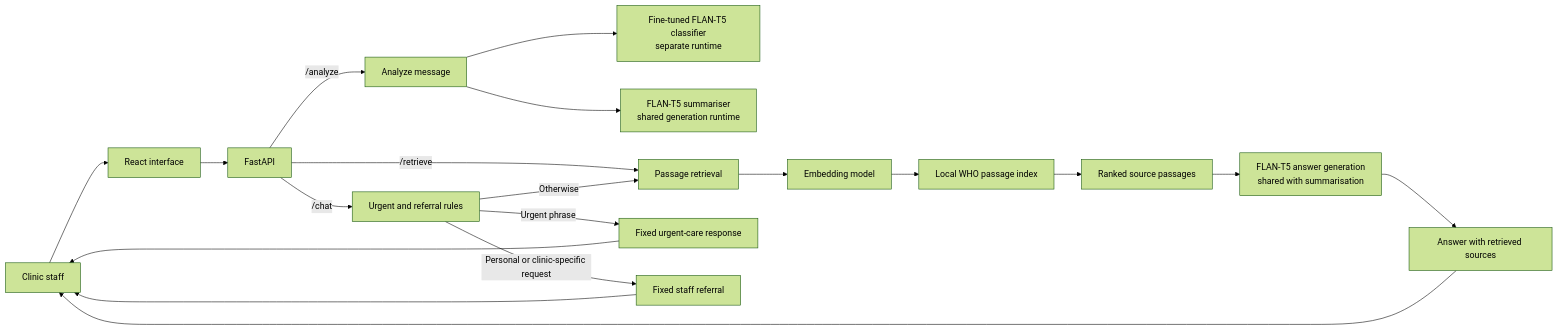
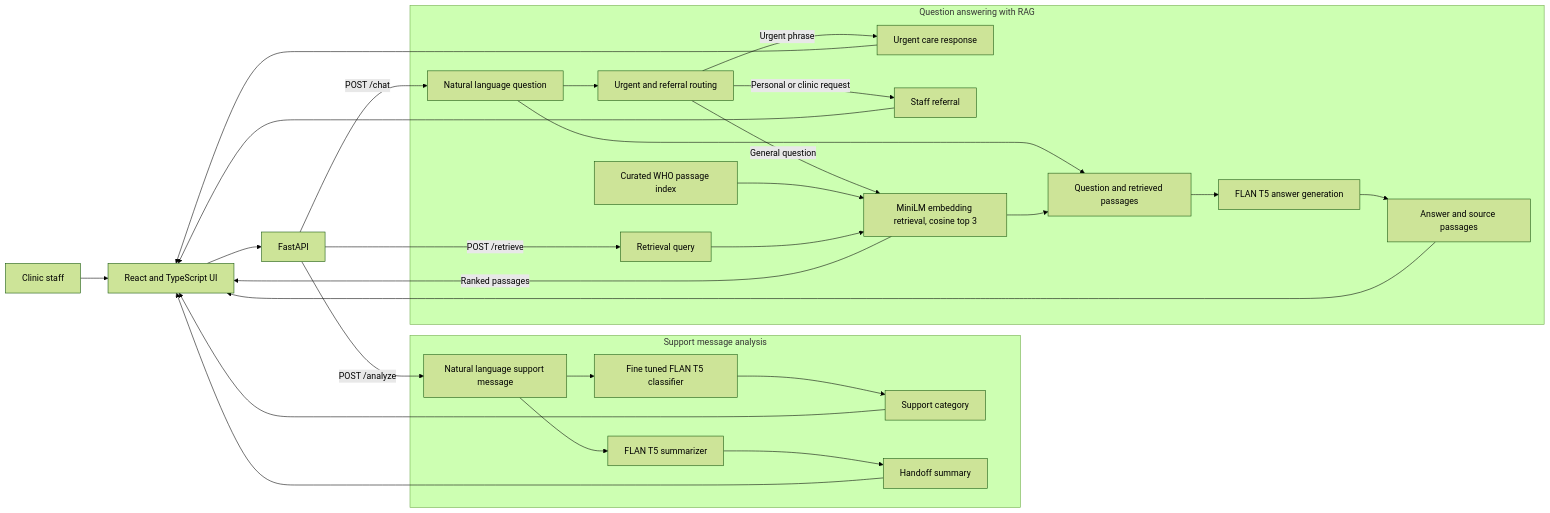
The diagram in Assignment-2/docs/report/report.md (sanjaykumarpushadapu/Assignment-APIDrivenCloudNativeSolutions-AIMLCZG549), drawn with Mermaid (forest theme) before and after one commit. The commit also changed 2 other files, not shown here.

Commit message:
Clarify NLP workflow and RAG evaluation
Revise the demo narration and report architecture to emphasize classification, summarisation, and RAG-based question answering. Include RAG baseline counts for retrieval, supported answers, and correct-and-complete answers.

````diff
--- a/Assignment-2/docs/report/report.md
+++ b/Assignment-2/docs/report/report.md
@@ -40,23 +40,47 @@
 ```mermaid
 flowchart LR
-    Staff[Clinic staff] --> UI[React interface]
+    Staff[Clinic staff] --> UI[React and TypeScript UI]
     UI --> API[FastAPI]
 
-    API -->|/analyze| Analyze[Analyze message]
-    Analyze --> Classifier[Fine-tuned FLAN-T5 classifier<br/>separate runtime]
-    Analyze --> Summary[FLAN-T5 summariser<br/>shared generation runtime]
+    subgraph Analysis[Support message analysis]
+        Message[Natural language support message]
+        Classifier[Fine tuned FLAN T5 classifier]
+        Category[Support category]
+        Summarizer[FLAN T5 summarizer]
+        Summary[Handoff summary]
+        Message --> Classifier --> Category
+        Message --> Summarizer --> Summary
+    end
 
-    API -->|/retrieve| Retriever[Passage retrieval]
-    API -->|/chat| Guard[Urgent and referral rules]
-    Guard -->|Urgent phrase| Urgent[Fixed urgent-care response]
-    Guard -->|Personal or clinic-specific request| Handoff[Fixed staff referral]
-    Guard -->|Otherwise| Retriever
-    Retriever --> Embed[Embedding model]
-    Embed --> Index[Local WHO passage index]
-    Index --> Context[Ranked source passages]
-    Context --> Answer[FLAN-T5 answer generation<br/>shared with summarisation]
-    Answer --> Result[Answer with retrieved sources]
-    Result --> Staff
-    Urgent --> Staff
-    Handoff --> Staff
+    API -->|POST /analyze| Message
+    Category --> UI
+    Summary --> UI
+
+    subgraph QuestionAnswering[Question answering with RAG]
+        Question[Natural language question]
+        Guard[Urgent and referral routing]
+        Urgent[Urgent care response]
+        Referral[Staff referral]
+        RetrievalQuery[Retrieval query]
+        Retriever[MiniLM embedding retrieval, cosine top 3]
+        Index[Curated WHO passage index]
+        Context[Question and retrieved passages]
+        Generator[FLAN T5 answer generation]
+        Answer[Answer and source passages]
+        Question --> Guard
+        Guard -->|Urgent phrase| Urgent
+        Guard -->|Personal or clinic request| Referral
+        Guard -->|General question| Retriever
+        Question --> Context
+        Index --> Retriever
+        Retriever --> Context --> Generator --> Answer
+        RetrievalQuery --> Retriever
+    end
+
+    API -->|POST /chat| Question
+    API -->|POST /retrieve| RetrievalQuery
+    Urgent --> UI
+    Referral --> UI
+    Answer --> UI
+    Retriever -->|Ranked passages| UI
 ```
````
